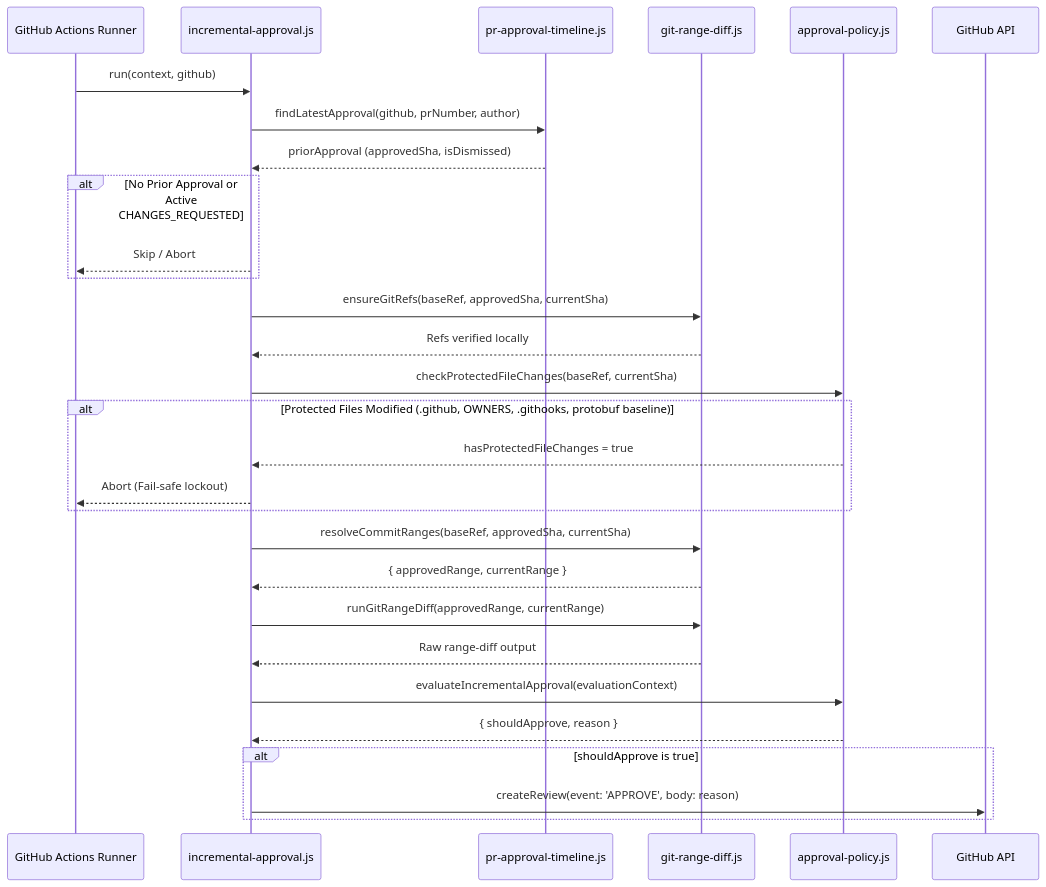
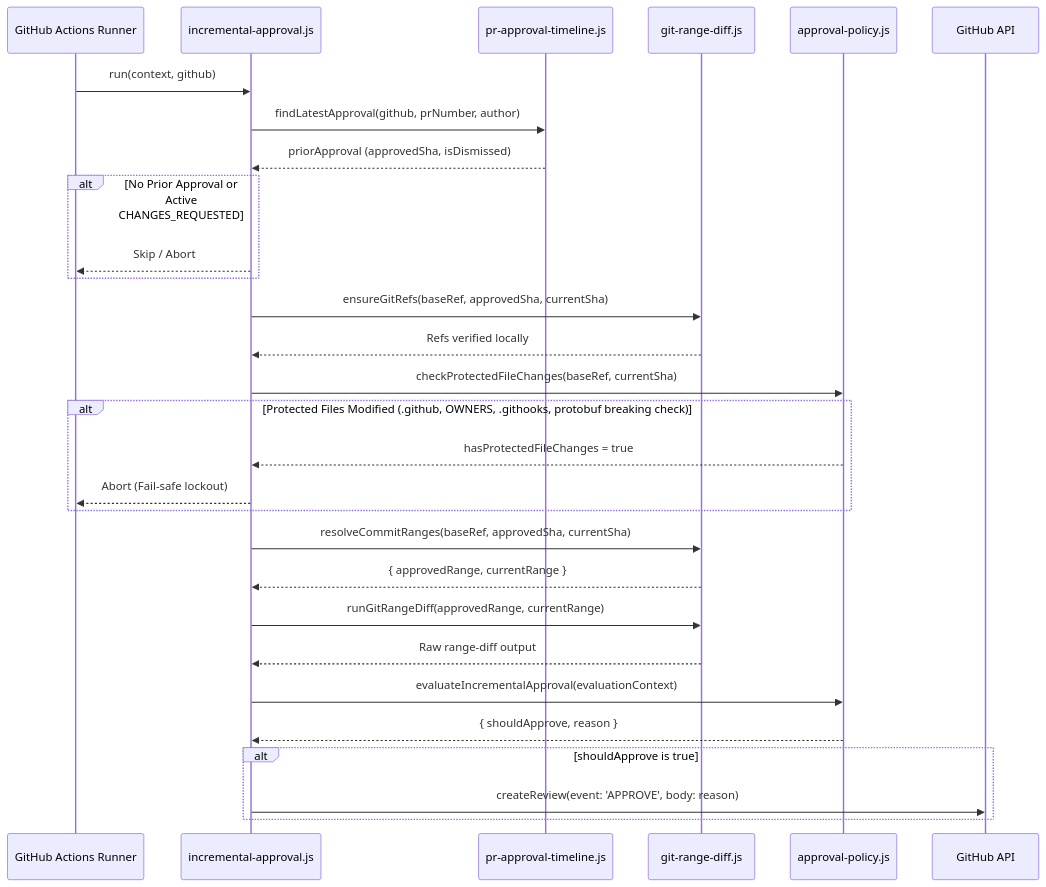
One commit to google/xmc changed the second of 2 diagrams in .github/scripts/README.md. Above: the diagram before and after it, drawn with Mermaid. The commit also changed other lines of this file and 4 other files, not shown here.

First line of the commit message:
ci(approval): protect the protobuf breaking-check configuration

````diff
--- a/.github/scripts/README.md
+++ b/.github/scripts/README.md
@@ -50,39 +50,39 @@
 ```mermaid
 sequenceDiagram
     participant CI as GitHub Actions Runner
     participant Orch as incremental-approval.js
     participant TL as pr-approval-timeline.js
     participant Git as git-range-diff.js
     participant Pol as approval-policy.js
     participant GH as GitHub API
 
     CI->>Orch: run(context, github)
     Orch->>TL: findLatestApproval(github, prNumber, author)
     TL-->>Orch: priorApproval (approvedSha, isDismissed)
     
     alt No Prior Approval or Active CHANGES_REQUESTED
         Orch-->>CI: Skip / Abort
     end
 
     Orch->>Git: ensureGitRefs(baseRef, approvedSha, currentSha)
     Git-->>Orch: Refs verified locally
 
     Orch->>Pol: checkProtectedFileChanges(baseRef, currentSha)
-    alt Protected Files Modified (.github, OWNERS, .githooks, protobuf baseline)
+    alt Protected Files Modified (.github, OWNERS, .githooks, protobuf breaking check)
         Pol-->>Orch: hasProtectedFileChanges = true
         Orch-->>CI: Abort (Fail-safe lockout)
     end
 
     Orch->>Git: resolveCommitRanges(baseRef, approvedSha, currentSha)
     Git-->>Orch: { approvedRange, currentRange }
 
     Orch->>Git: runGitRangeDiff(approvedRange, currentRange)
     Git-->>Orch: Raw range-diff output
 
     Orch->>Pol: evaluateIncrementalApproval(evaluationContext)
     Pol-->>Orch: { shouldApprove, reason }
 
     alt shouldApprove is true
         Orch->>GH: createReview(event: 'APPROVE', body: reason)
     end
 ```
````
